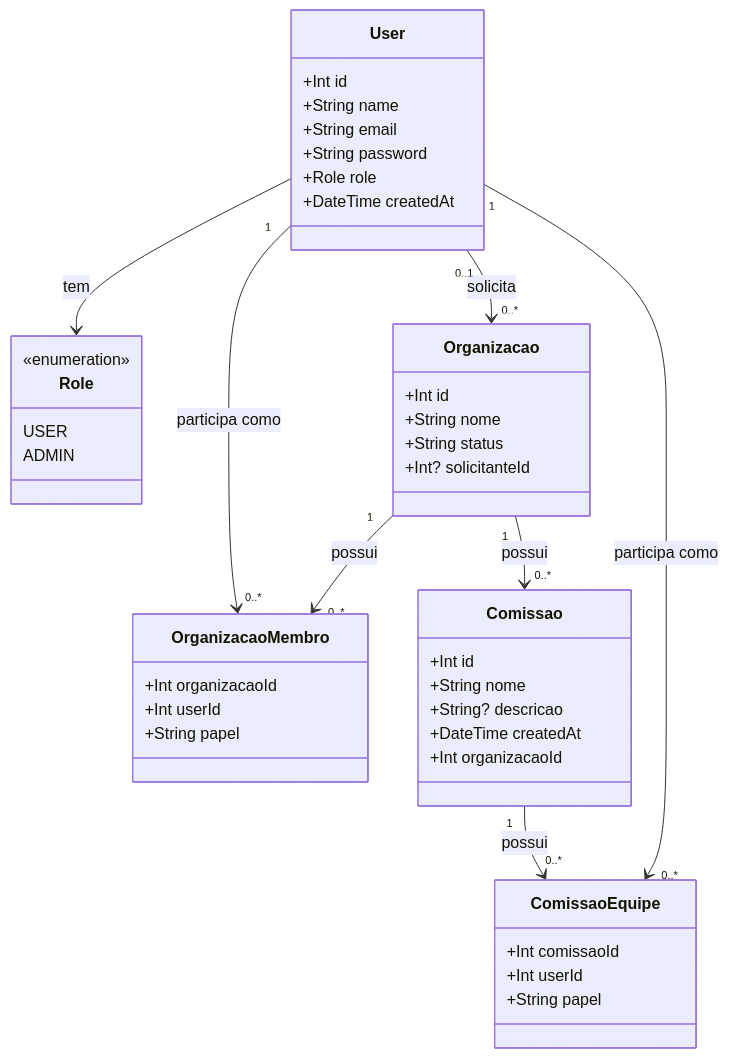
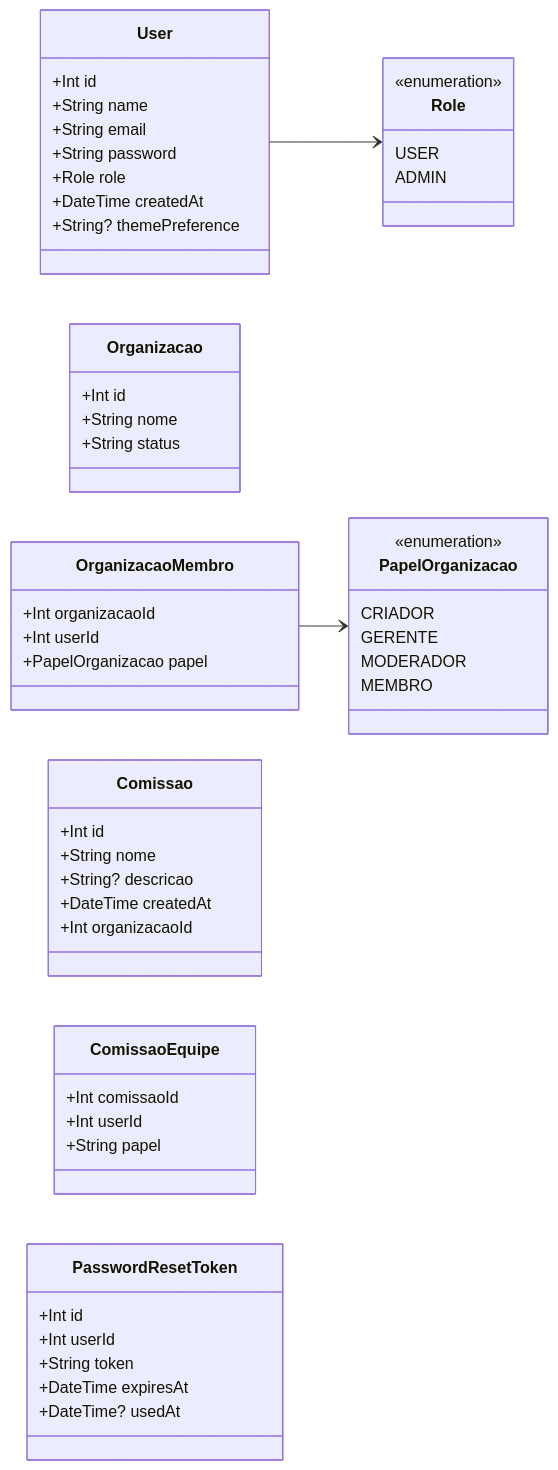
One commit to MiguelIFSP/BRTPDS2-PROJETO-E-DESENVOLVIMENTO-DE-SISTEMAS-2 changed the fifth of 6 diagrams in documentos/entrega2_Di1/dicionario_de_dados.md. Above: the diagram before and after it, drawn with Mermaid. The commit also changed other lines of this file and 1 other file, not shown here.

````diff
--- a/documentos/entrega2_Di1/dicionario_de_dados.md
+++ b/documentos/entrega2_Di1/dicionario_de_dados.md
@@ -332,52 +301,65 @@
 ```mermaid
 classDiagram
+    direction LR
+
     class Role {
         <<enumeration>>
         USER
         ADMIN
+    }
+
+    class PapelOrganizacao {
+        <<enumeration>>
+        CRIADOR
+        GERENTE
+        MODERADOR
+        MEMBRO
     }
 
     class User {
         +Int id
         +String name
         +String email
         +String password
         +Role role
         +DateTime createdAt
+        +String? themePreference
     }
 
     class Organizacao {
         +Int id
         +String nome
         +String status
-        +Int? solicitanteId
     }
 
     class OrganizacaoMembro {
         +Int organizacaoId
         +Int userId
-        +String papel
+        +PapelOrganizacao papel
     }
 
     class Comissao {
         +Int id
         +String nome
         +String? descricao
         +DateTime createdAt
         +Int organizacaoId
     }
 
     class ComissaoEquipe {
         +Int comissaoId
         +Int userId
         +String papel
     }
 
-    User "0..1" --> "0..*" Organizacao : solicita
-    User "1" --> "0..*" OrganizacaoMembro : participa como
-    Organizacao "1" --> "0..*" OrganizacaoMembro : possui
-    Organizacao "1" --> "0..*" Comissao : possui
-    Comissao "1" --> "0..*" ComissaoEquipe : possui
-    User "1" --> "0..*" ComissaoEquipe : participa como
-    User --> Role : tem
+    class PasswordResetToken {
+        +Int id
+        +Int userId
+        +String token
+        +DateTime expiresAt
+        +DateTime? usedAt
+    }
+
+    User --> Role
+    OrganizacaoMembro --> PapelOrganizacao
 ```
````
